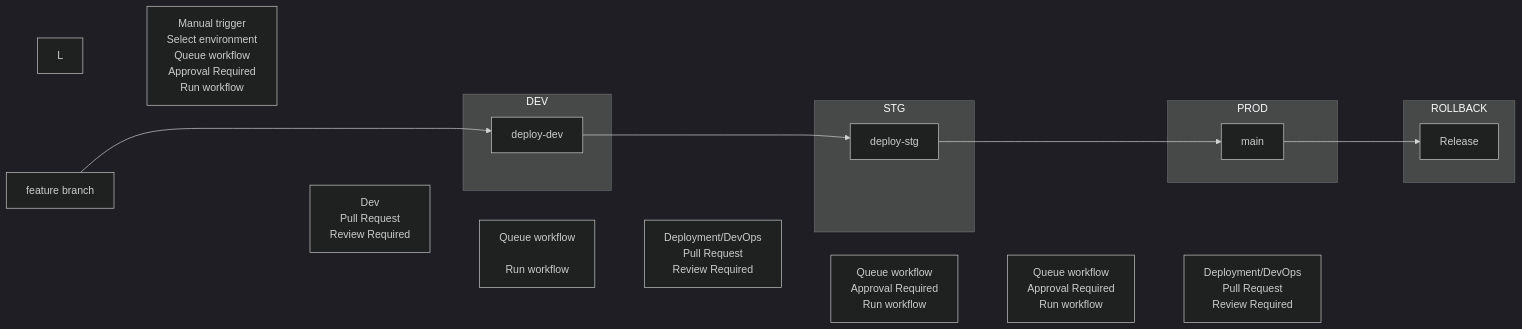
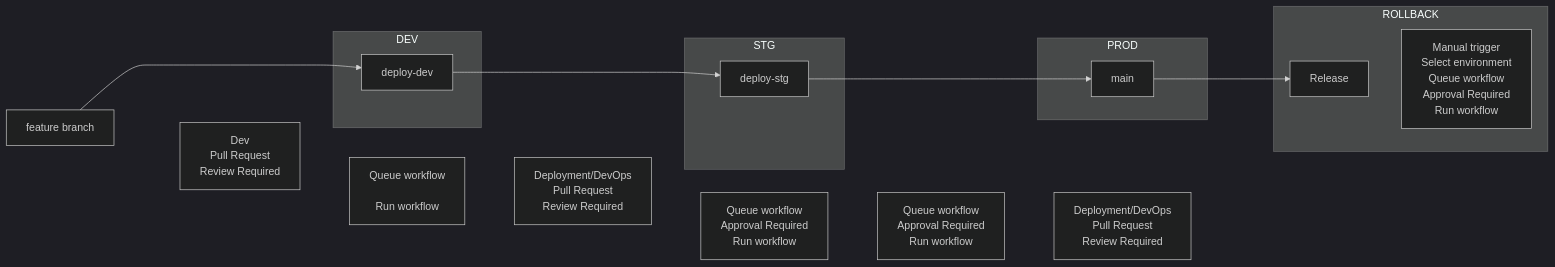
Before and after one commit to fritzramos-gf/Workflows: the diagram in Gates-Workflow.md, drawn with Mermaid (dark theme).

````diff
--- a/Gates-Workflow.md
+++ b/Gates-Workflow.md
@@ -1,39 +1,40 @@
 ```mermaid
 flowchart LR
     A[feature branch] ----> B
     A ~~~ C["Dev\nPull Request\nReview Required"]
     C ~~~ B
     subgraph DEV
         B[deploy-dev]
     end
      C ~~~ G["Queue workflow
         \nRun workflow"]
 
     B ---> D
     G ~~~ H["Deployment/DevOps\nPull Request\nReview Required"]
     H ~~~ D
     subgraph STG
         D[deploy-stg]
     end
     D ---> E
     H ~~~ I["Queue workflow\nApproval Required\nRun workflow"]
     subgraph PROD
         E[main]
     end
     I ~~~ J["Queue workflow\nApproval Required\nRun workflow"]
     E ---> F
     J ~~~ K["Deployment/DevOps\nPull Request\nReview Required"] 
     subgraph ROLLBACK
         F[Release]
+    F ~~~ L["Manual trigger\nSelect environment\nQueue workflow\nApproval Required\nRun workflow"]
     end
-    L ~~~ M["Manual trigger\nSelect environment\nQueue workflow\nApproval Required\nRun workflow"]
+    
 
 
 
 
 
 
 
 
 
 ```
````
